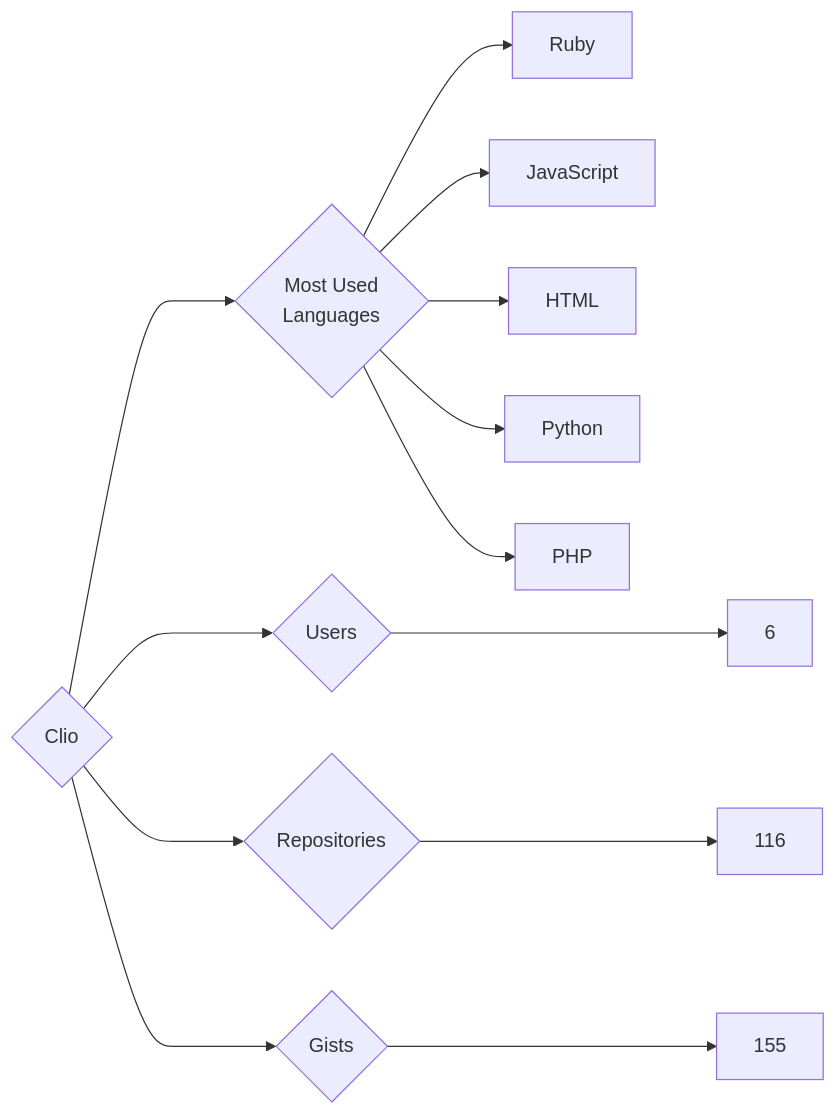
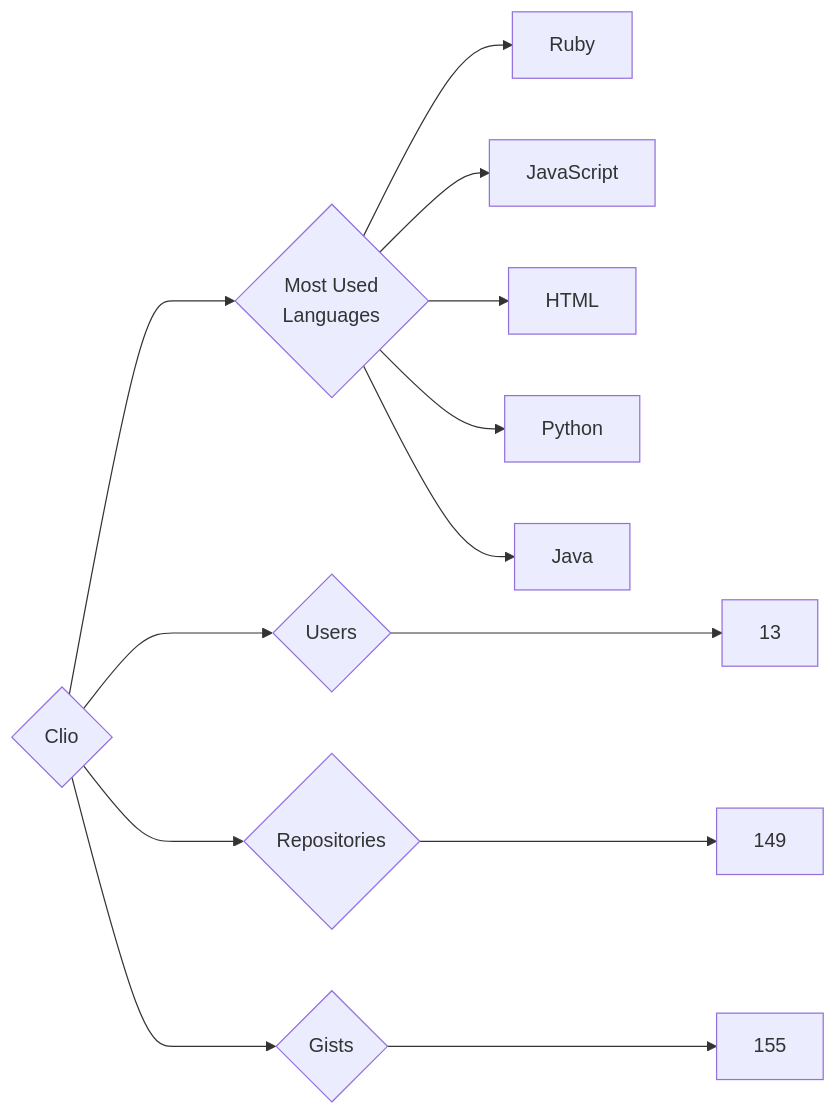
The diagram in targets/Clio/README.md (trickest/insiders), drawn with Mermaid before and after one commit. The commit also changed 847 other files, not shown here.

````diff
--- a/targets/Clio/README.md
+++ b/targets/Clio/README.md
@@ -3,13 +3,13 @@
 ```mermaid
 graph LR
 COMPANY_NAME{Clio}
-COMPANY_NAME ---> U{Users} ---> UN[6]
-COMPANY_NAME ---> R{Repositories} ---> RN[116]
+COMPANY_NAME ---> U{Users} ---> UN[13]
+COMPANY_NAME ---> R{Repositories} ---> RN[149]
 COMPANY_NAME ---> G{Gists} ---> GN[155]
 COMPANY_NAME ---> ML{Most Used<br>Languages}
 ML --> Ruby[Ruby]
 ML --> JavaScript[JavaScript]
 ML --> HTML[HTML]
 ML --> Python[Python]
-ML --> PHP[PHP]
+ML --> Java[Java]
 ```
````
